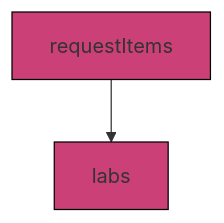
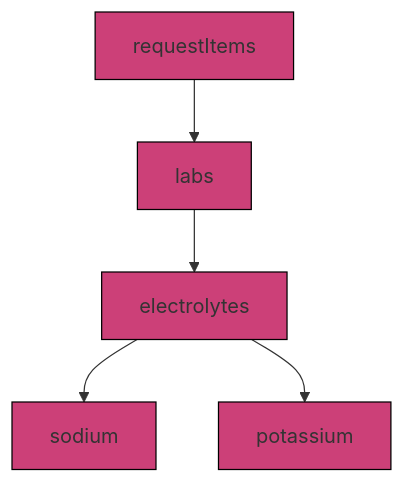
One commit to jan-cieslik/clinicedge_docs changed the third of 3 diagrams in docs/Database_Structure/3_4_2_requests.md. Above: the diagram before and after it, drawn with Mermaid. The commit also changed other lines of this file and 4 other files, not shown here.

````diff
--- a/docs/Database_Structure/3_4_2_requests.md
+++ b/docs/Database_Structure/3_4_2_requests.md
@@ -70,6 +111,9 @@
 ```mermaid
 flowchart TD
     A["requestItems"]:::logic --> B["labs"]:::logic
+    B --> C["electrolytes"]:::logic
+    C --> D1["sodium"]:::logic
+    C --> D2["potassium"]:::logic
 
 classDef logic fill:#cc4078,stroke:#000000,stroke-width:1px;
 ```
````
